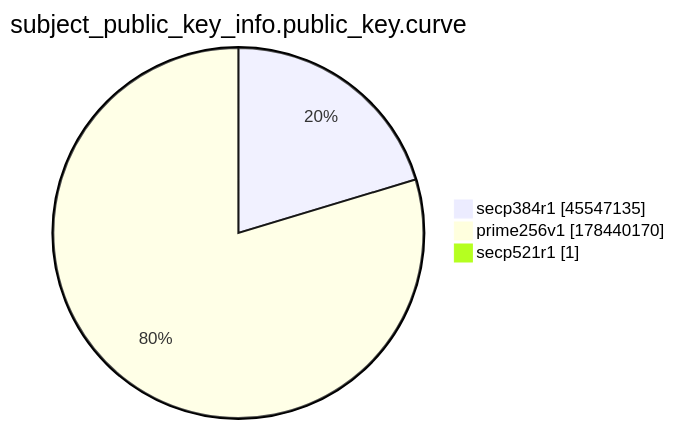
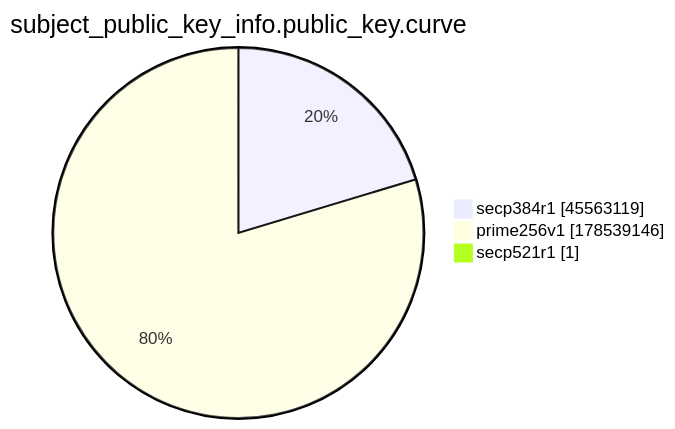
The ninth of 15 diagrams in xenon2022/README.md (christiankrug/ctmonitor_visualization), drawn with Mermaid before and after one commit. The commit also changed other lines of this file, not shown here.

````diff
--- a/xenon2022/README.md
+++ b/xenon2022/README.md
@@ -2873,7 +2873,7 @@
 ```mermaid
 pie showData
 title subject_public_key_info.public_key.curve
-"secp384r1" :45547135
-"prime256v1" :178440170
+"secp384r1" :45563119
+"prime256v1" :178539146
 "secp521r1" :1
 ```
````
